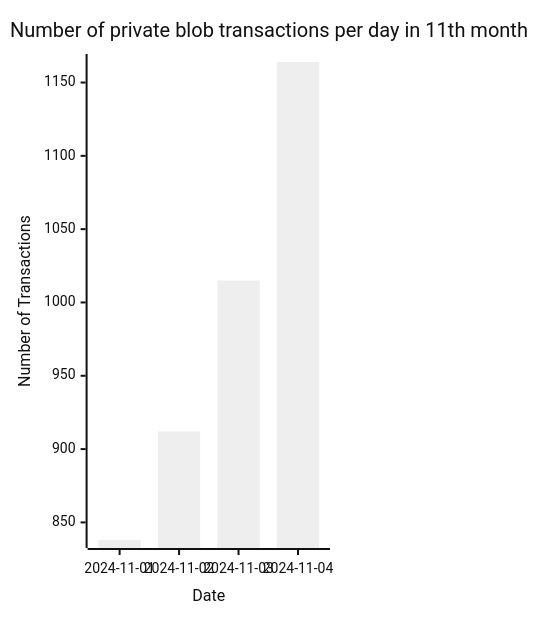
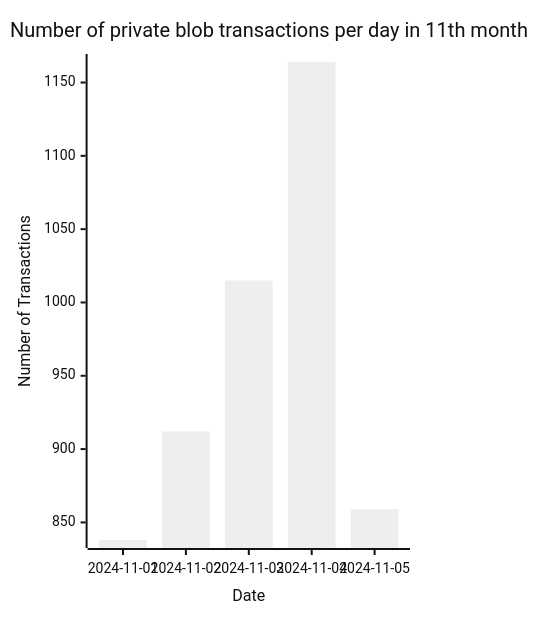
The ninth of 9 diagrams in README.md (Amit0617/eip4844-data), drawn with Mermaid (neutral theme) before and after one commit. The commit also changed 1 other file, not shown here.

````diff
--- a/README.md
+++ b/README.md
@@ -105,12 +105,12 @@
 ```mermaid
 ---
 config:
     xyChart:
-        width: 320
+        width: 400
         height: 600
 ---
 xychart-beta title "Number of private blob transactions per day in 11th month"
-x-axis "Date" [2024-11-01,2024-11-02,2024-11-03,2024-11-04]
+x-axis "Date" [2024-11-01,2024-11-02,2024-11-03,2024-11-04,2024-11-05]
 y-axis "Number of Transactions"
-bar[838,912,1015,1164]
+bar[838,912,1015,1164,859]
 ```
````
